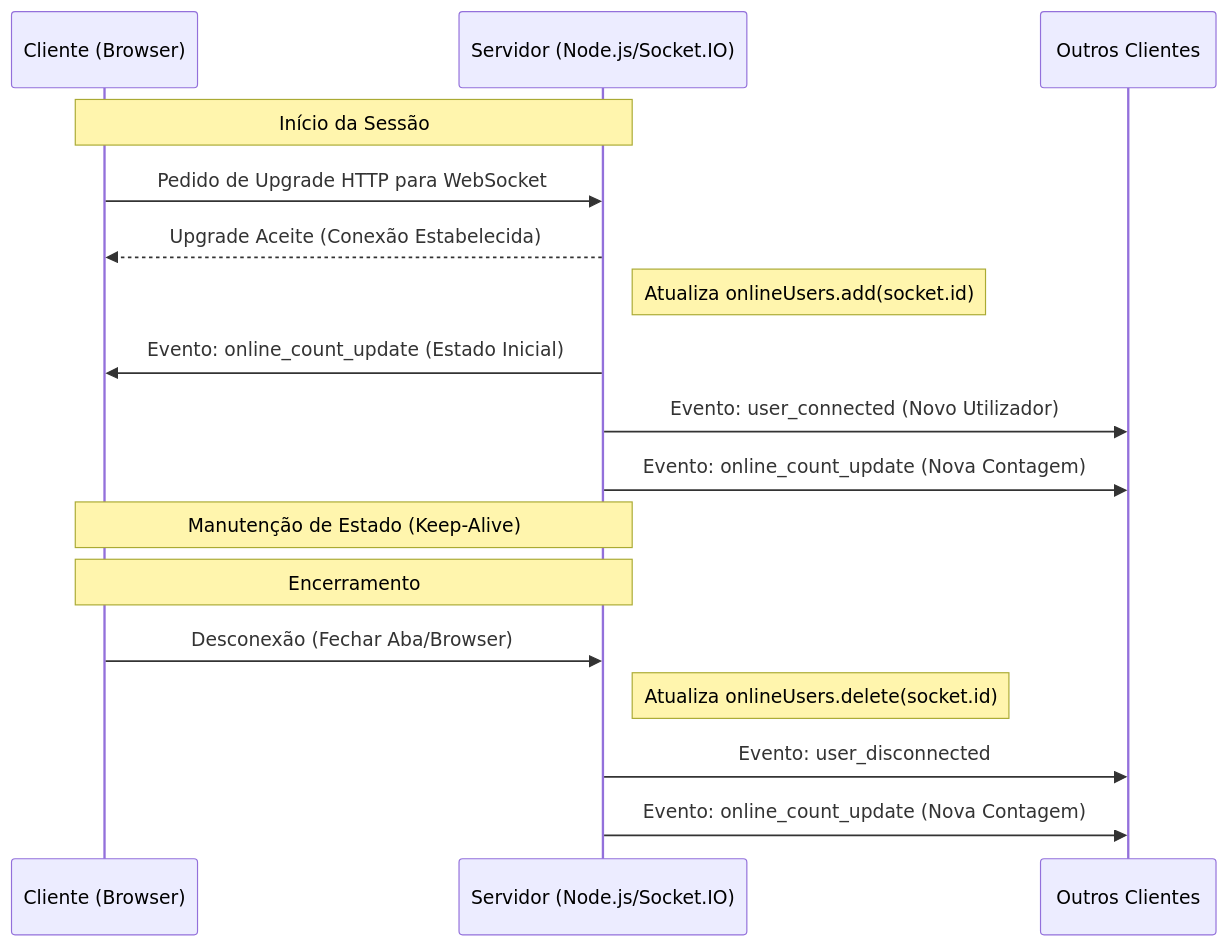
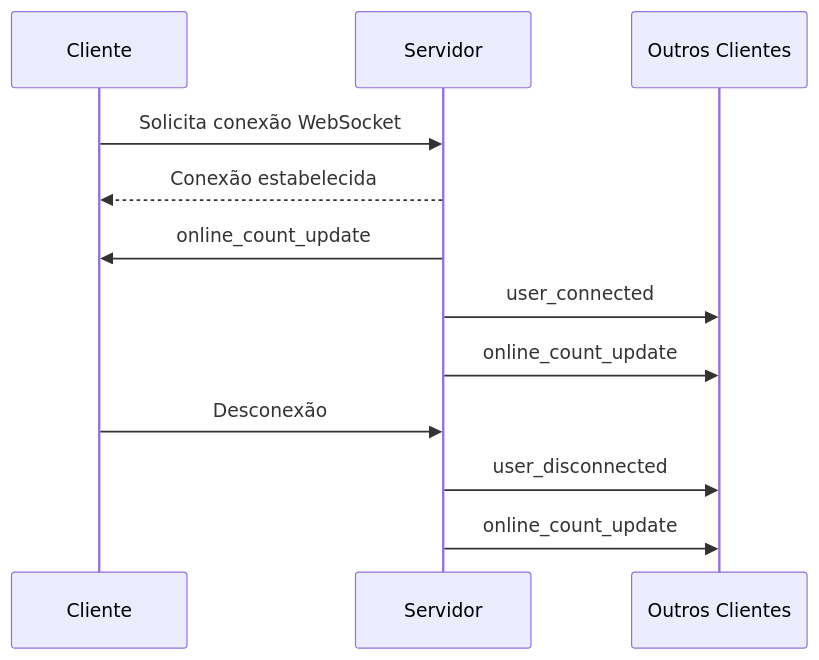
Before and after one commit to davigomes0/Distributed-Systems-Project: the second of 2 diagrams in README.md, drawn with Mermaid. The commit also changed other lines of this file, not shown here.

````diff
--- a/README.md
+++ b/README.md
@@ -102,26 +139,18 @@
 ```mermaid
 sequenceDiagram
-    participant C as Cliente (Browser)
-    participant S as Servidor (Node.js/Socket.IO)
-    participant AC as Outros Clientes
+    participant C as Cliente
+    participant S as Servidor
+    participant O as Outros Clientes
 
-    Note over C, S: Início da Sessão
-    C->>S: Pedido de Upgrade HTTP para WebSocket
-    S-->>C: Upgrade Aceite (Conexão Estabelecida)
-    
-    Note right of S: Atualiza onlineUsers.add(socket.id)
-    
-    S->>C: Evento: online_count_update (Estado Inicial)
-    S->>AC: Evento: user_connected (Novo Utilizador)
-    S->>AC: Evento: online_count_update (Nova Contagem)
+    C->>S: Solicita conexão WebSocket
+    S-->>C: Conexão estabelecida
 
-    Note over C, S: Manutenção de Estado (Keep-Alive)
-    
-    Note over C, S: Encerramento
-    C->>S: Desconexão (Fechar Aba/Browser)
-    
-    Note right of S: Atualiza onlineUsers.delete(socket.id)
-    
-    S->>AC: Evento: user_disconnected
-    S->>AC: Evento: online_count_update (Nova Contagem)
+    S->>C: online_count_update
+    S->>O: user_connected
+    S->>O: online_count_update
+
+    C->>S: Desconexão
+
+    S->>O: user_disconnected
+    S->>O: online_count_update
 ```
````
